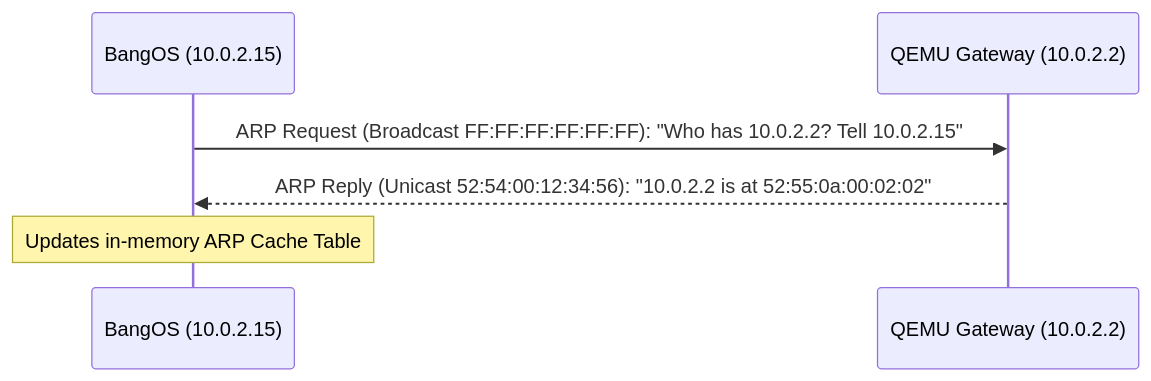
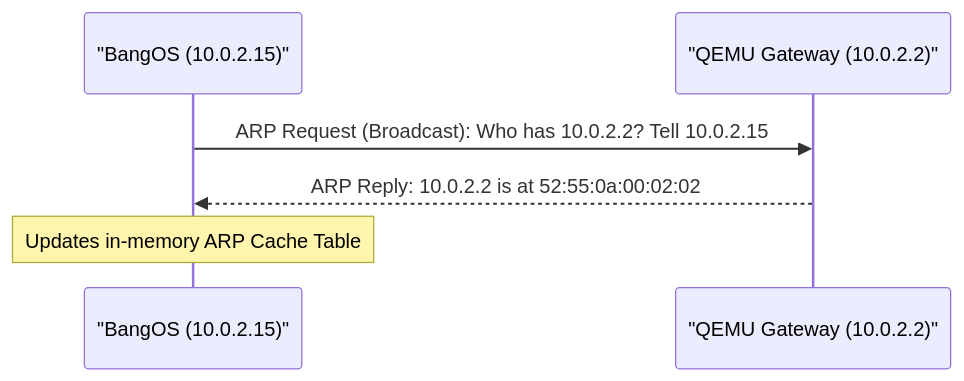
Before and after one commit to vikman90/bangos: the second of 4 diagrams in docs/15-tcpip-network-stack.md, drawn with Mermaid. The commit also changed other lines of this file and 4 other files, not shown here.

First line of the commit message:
fix(docs): correct Mermaid diagram syntax across documentation

````diff
--- a/docs/15-tcpip-network-stack.md
+++ b/docs/15-tcpip-network-stack.md
@@ -43,9 +43,9 @@
 ```mermaid
 sequenceDiagram
-    participant Guest as BangOS (10.0.2.15)
-    participant GW as QEMU Gateway (10.0.2.2)
+    participant Guest as "BangOS (10.0.2.15)"
+    participant GW as "QEMU Gateway (10.0.2.2)"
 
-    Guest->>GW: ARP Request (Broadcast FF:FF:FF:FF:FF:FF): "Who has 10.0.2.2? Tell 10.0.2.15"
-    GW-->>Guest: ARP Reply (Unicast 52:54:00:12:34:56): "10.0.2.2 is at 52:55:0a:00:02:02"
+    Guest->>GW: ARP Request (Broadcast): Who has 10.0.2.2? Tell 10.0.2.15
+    GW-->>Guest: ARP Reply: 10.0.2.2 is at 52:55:0a:00:02:02
     Note over Guest: Updates in-memory ARP Cache Table
 ```
````
